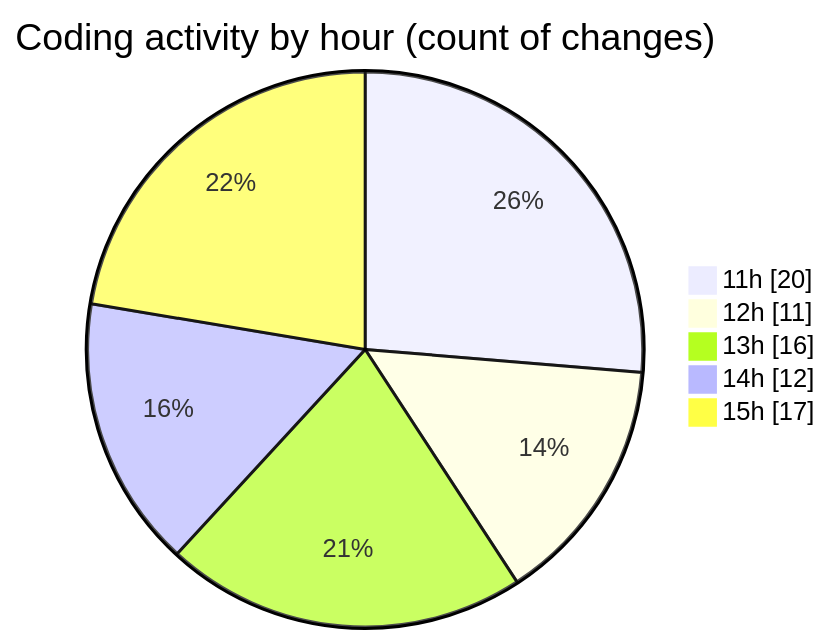
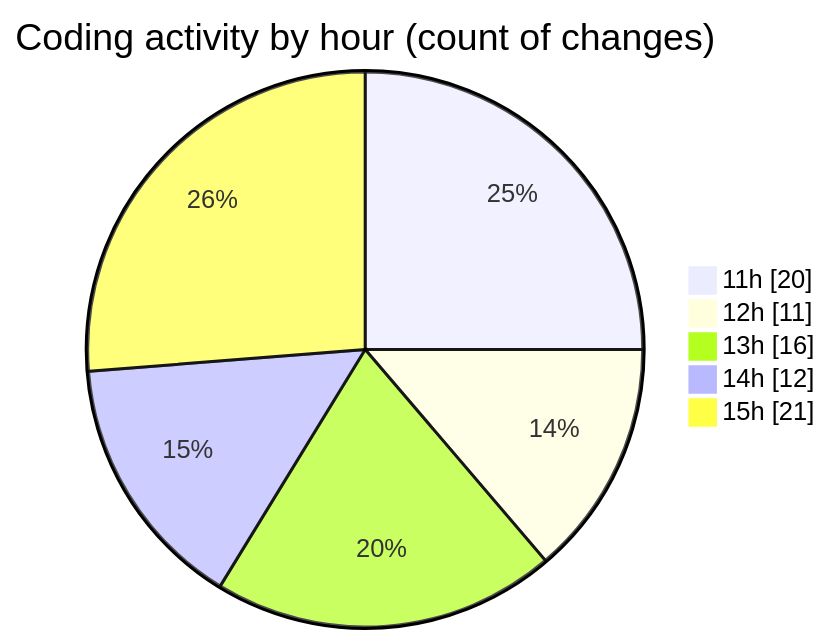
One commit to nxtqubesakshisongat/code-tracking changed the second of 2 diagrams in 2025-09-24/nxtqube_webapp/README.md. Above: the diagram before and after it, drawn with Mermaid. The commit also changed other lines of this file and 1 other file, not shown here.

````diff
--- a/2025-09-24/nxtqube_webapp/README.md
+++ b/2025-09-24/nxtqube_webapp/README.md
@@ -32,9 +32,9 @@
 ```mermaid
 pie showData
 title Coding activity by hour (count of changes)
 "11h" : 20
 "12h" : 11
 "13h" : 16
 "14h" : 12
-"15h" : 17
+"15h" : 21
 ```
````
